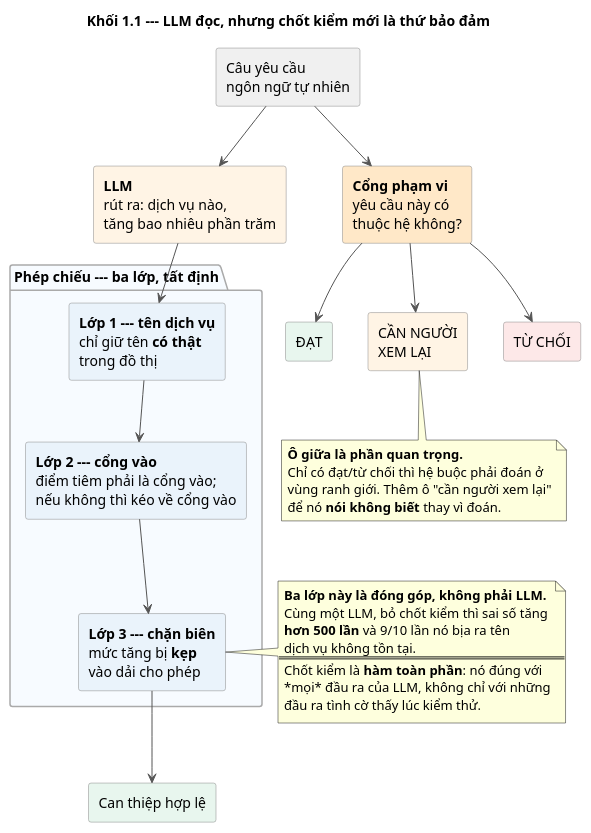
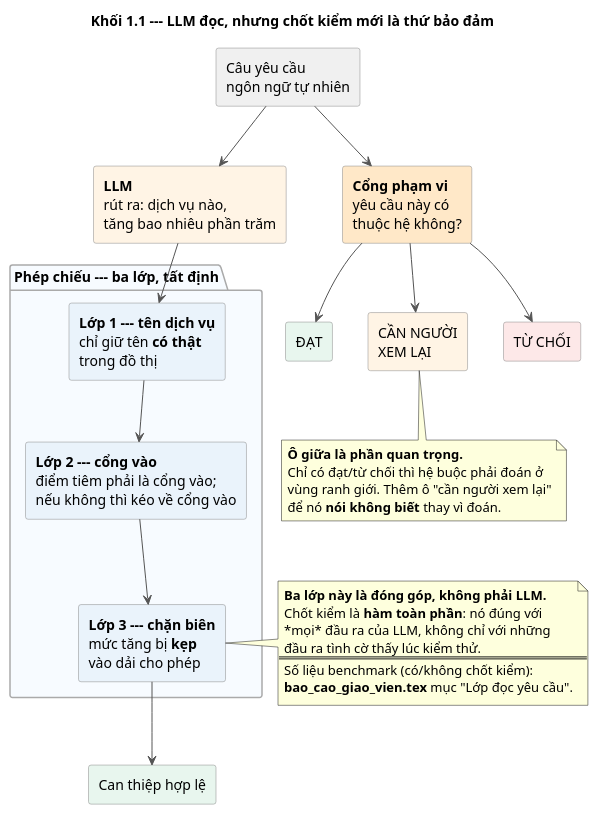
Before and after one commit to kkyaha/NCKH: the diagram in papers/p1_du_phong/docs/figures/puml/11_parser_va_chot_kiem.puml, drawn with PlantUML. The commit also changed 25 other files, not shown here.

Commit message:
feat: add chain validation for SCM and update evaluation docs and diagrams

```diff
--- a/papers/p1_du_phong/docs/figures/puml/11_parser_va_chot_kiem.puml
+++ b/papers/p1_du_phong/docs/figures/puml/11_parser_va_chot_kiem.puml
@@ -1,57 +1,56 @@
 @startuml
 ' MOTA: Khối 1.1 — ba lớp chốt kiểm quanh LLM, và cổng phạm vi ba kết cục
 skinparam defaultFontName Helvetica
 skinparam shadowing false
 skinparam ArrowColor #555555
 skinparam rectangle {
   BorderColor #888888
 }
 skinparam package {
   BorderColor #AAAAAA
   FontStyle bold
 }
 title Khối 1.1 --- LLM đọc, nhưng **chốt kiểm** mới là thứ bảo đảm
 
 rectangle "Câu yêu cầu\nngôn ngữ tự nhiên" as IN #F0F0F0
 rectangle "**LLM**\nrút ra: dịch vụ nào,\ntăng bao nhiêu phần trăm" as LLM #FFF4E5
 
 package "Phép chiếu --- ba lớp, tất định" #F7FBFF {
   rectangle "**Lớp 1 --- tên dịch vụ**\nchỉ giữ tên **có thật**\ntrong đồ thị" as L1 #EAF3FB
   rectangle "**Lớp 2 --- cổng vào**\nđiểm tiêm phải là cổng vào;\nnếu không thì kéo về cổng vào" as L2 #EAF3FB
   rectangle "**Lớp 3 --- chặn biên**\nmức tăng bị **kẹp**\nvào dải cho phép" as L3 #EAF3FB
 }
 
 rectangle "Can thiệp hợp lệ" as OK #E8F6EE
 rectangle "**Cổng phạm vi**\nyêu cầu này có\nthuộc hệ không?" as GATE #FFE8C8
 rectangle "ĐẠT" as G1 #E8F6EE
 rectangle "CẦN NGƯỜI\nXEM LẠI" as G2 #FFF4E5
 rectangle "TỪ CHỐI" as G3 #FDE8E8
 
 IN --> LLM
 LLM --> L1
 L1 --> L2
 L2 --> L3
 L3 --> OK
 IN --> GATE
 GATE --> G1
 GATE --> G2
 GATE --> G3
 
 note right of L3
   **Ba lớp này là đóng góp, không phải LLM.**
-  Cùng một LLM, bỏ chốt kiểm thì sai số tăng
-  **hơn 500 lần** và 9/10 lần nó bịa ra tên
-  dịch vụ không tồn tại.
-  ====
   Chốt kiểm là **hàm toàn phần**: nó đúng với
   *mọi* đầu ra của LLM, không chỉ với những
   đầu ra tình cờ thấy lúc kiểm thử.
+  ====
+  Số liệu benchmark (có/không chốt kiểm):
+  **bao_cao_giao_vien.tex** mục "Lớp đọc yêu cầu".
 end note
 
 note bottom of G2
   **Ô giữa là phần quan trọng.**
   Chỉ có đạt/từ chối thì hệ buộc phải đoán ở
   vùng ranh giới. Thêm ô "cần người xem lại"
   để nó **nói không biết** thay vì đoán.
 end note
 @enduml
```
